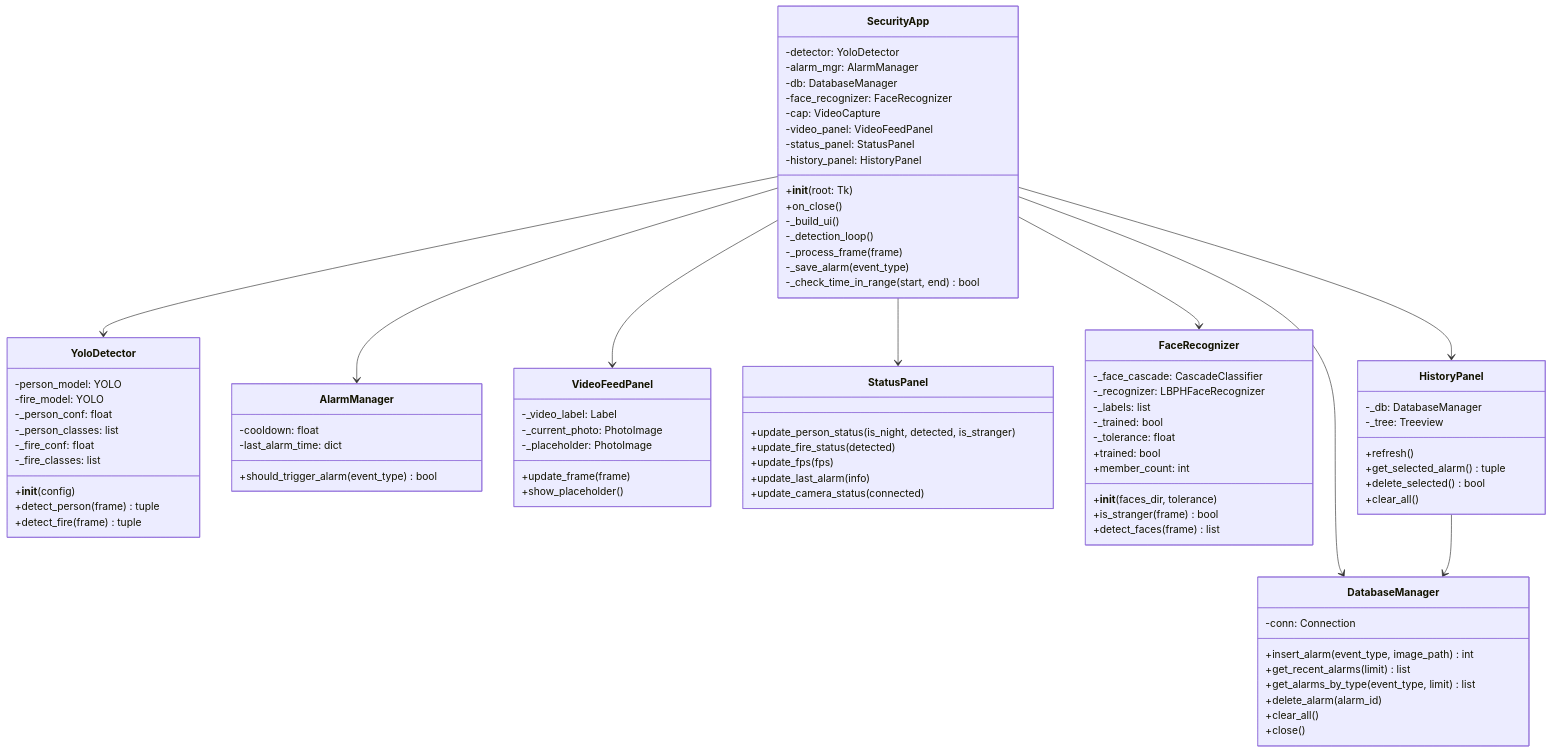
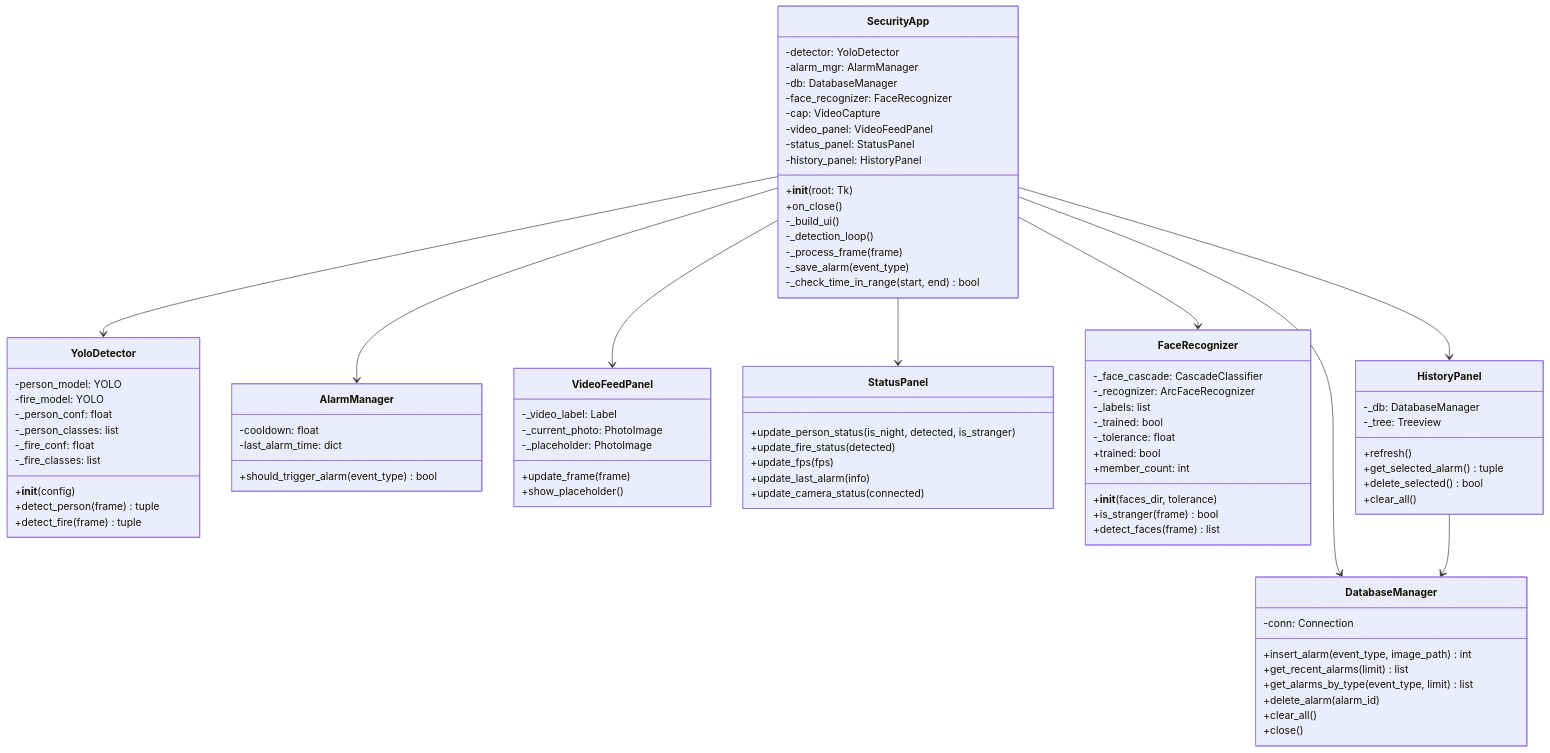
The third of 7 diagrams in docs/设计文档.md (jaso983/Home-Security-Monitor), drawn with Mermaid before and after one commit. The commit also changed other lines of this file and 531 other files, not shown here.

```diff
--- a/docs/设计文档.md
+++ b/docs/设计文档.md
@@ -229,7 +229,7 @@
 
     class FaceRecognizer {
         -_face_cascade: CascadeClassifier
-        -_recognizer: LBPHFaceRecognizer
+        -_recognizer: ArcFaceRecognizer
         -_labels: list
         -_trained: bool
         -_tolerance: float
```
